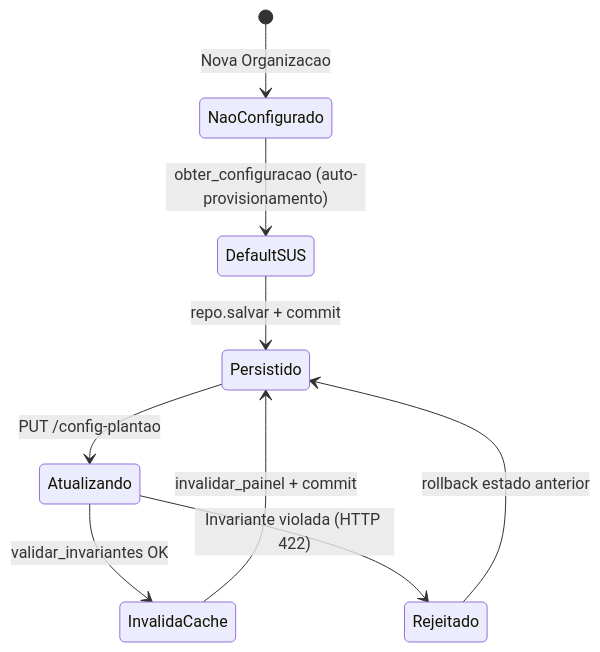
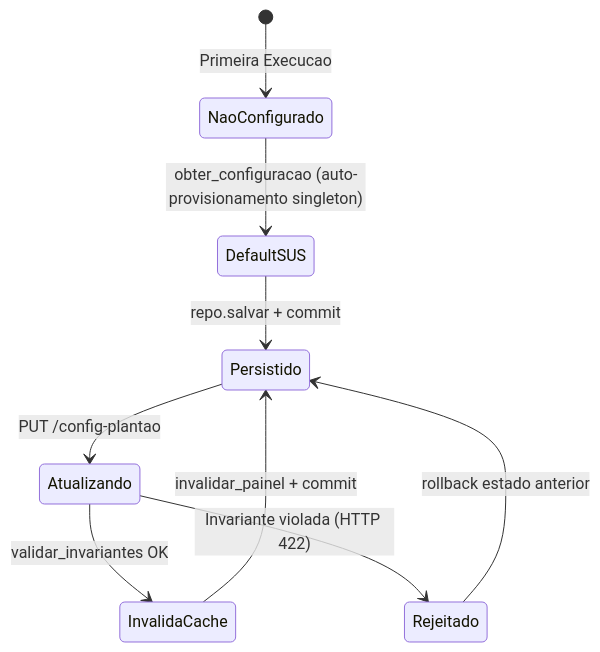
The first of 2 diagrams in docs/explanation/domains/telemetry-domain.md (Rafaelp122/medisync), drawn with Mermaid before and after one commit. The commit also changed other lines of this file and 400 other files, not shown here.

````diff
--- a/docs/explanation/domains/telemetry-domain.md
+++ b/docs/explanation/domains/telemetry-domain.md
@@ -36,11 +36,11 @@
 ```mermaid
 stateDiagram-v2
-    [*] --> NaoConfigurado: Nova Organizacao
-    NaoConfigurado --> DefaultSUS: obter_configuracao (auto-provisionamento)
+    [*] --> NaoConfigurado: Primeira Execucao
+    NaoConfigurado --> DefaultSUS: obter_configuracao (auto-provisionamento singleton)
     DefaultSUS --> Persistido: repo.salvar + commit
     Persistido --> Atualizando: PUT /config-plantao
     Atualizando --> InvalidaCache: validar_invariantes OK
     InvalidaCache --> Persistido: invalidar_painel + commit
     Atualizando --> Rejeitado: Invariante violada (HTTP 422)
     Rejeitado --> Persistido: rollback estado anterior
 ```
````
